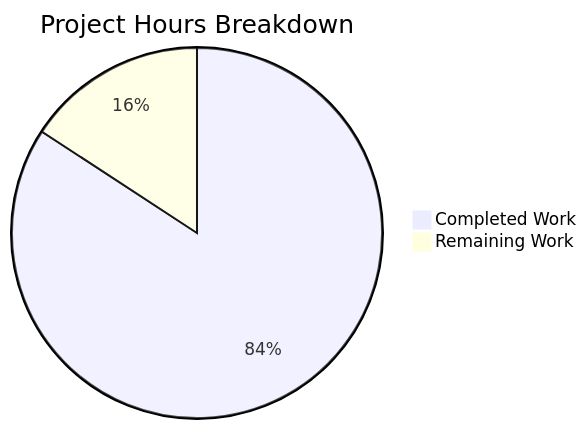
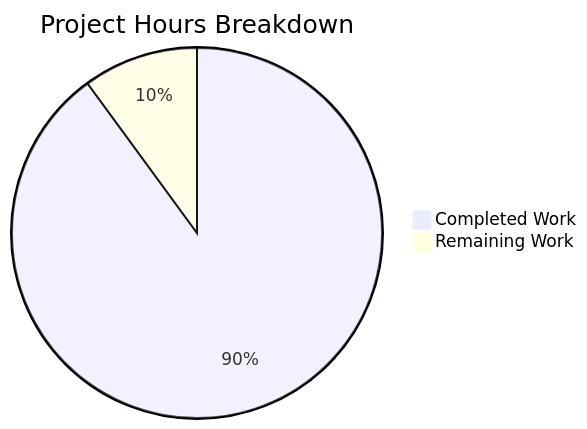
The second of 2 diagrams in blitzy/documentation/Project Guide.md (Blitzy-Sandbox/blitzy-WebVella-ERP), drawn with Mermaid before and after one commit. The commit also changed other lines of this file, not shown here.

Commit message:
Adding Blitzy Project Guide: Project Status and Human Tasks Remaining

````diff
--- a/blitzy/documentation/Project Guide.md
+++ b/blitzy/documentation/Project Guide.md
@@ -260,5 +230,5 @@
 ```mermaid
 pie title Project Hours Breakdown
-    "Completed Work" : 544
-    "Remaining Work" : 102
+    "Completed Work" : 483
+    "Remaining Work" : 54
 ```
````
